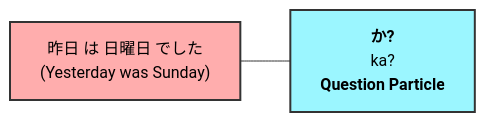
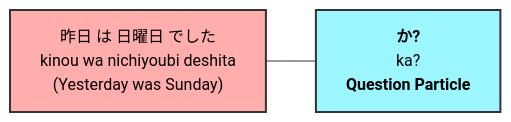
The eighth of 12 diagrams in grammar/grammar.md (shainsethi/n5), drawn with Mermaid before and after one commit. The commit also changed other lines of this file and 1 other file, not shown here.

Commit message:
feat: add N5 grammar reference and practice solution files with Mermaid diagrams

````diff
--- a/grammar/grammar.md
+++ b/grammar/grammar.md
@@ -160,6 +160,6 @@
 ```mermaid
 graph LR
-    Aff["昨日 は 日曜日 でした<br/>(Yesterday was Sunday)"] --- Q["<b>か?</b><br/>ka?<br/><b>Question Particle</b>"]
+    Aff["昨日 は 日曜日 でした<br/>kinou wa nichiyoubi deshita<br/>(Yesterday was Sunday)"] --- Q["<b>か?</b><br/>ka?<br/><b>Question Particle</b>"]
     style Aff fill:#ffadad,stroke:#333,stroke-width:2px,color:#000
     style Q fill:#9bf6ff,stroke:#333,stroke-width:2px,color:#000
 ```
````
